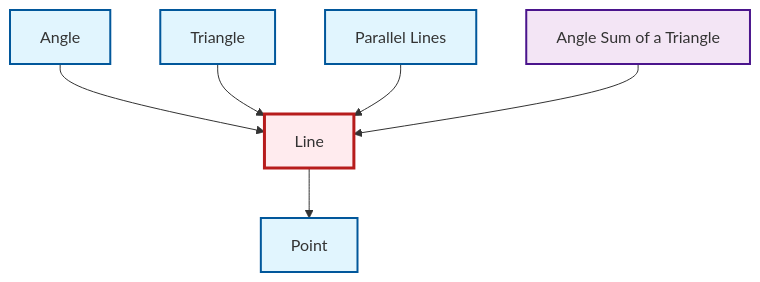
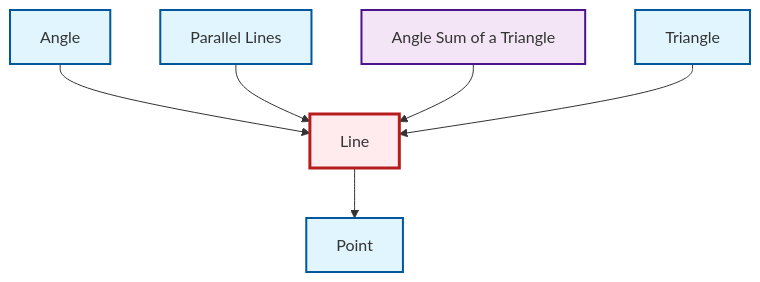
Before and after one commit to RK0429/ModernMath: the diagram in output/mermaid/en/def-line.mermaid, drawn with Mermaid. The commit also changed other lines of this file and 1706 other files, not shown here.

```diff
--- a/output/mermaid/en/def-line.mermaid
+++ b/output/mermaid/en/def-line.mermaid
@@ -1,18 +1,18 @@
 graph TD
     classDef definition fill:#e1f5fe,stroke:#01579b,stroke-width:2px
     classDef theorem fill:#f3e5f5,stroke:#4a148c,stroke-width:2px
     classDef axiom fill:#fff3e0,stroke:#e65100,stroke-width:2px
     classDef example fill:#e8f5e9,stroke:#1b5e20,stroke-width:2px
     classDef current fill:#ffebee,stroke:#b71c1c,stroke-width:3px
+    thm-angle-sum-triangle["Angle Sum of a Triangle"]:::theorem
+    def-triangle["Triangle"]:::definition
+    def-angle["Angle"]:::definition
+    def-line["Line"]:::definition
     def-parallel["Parallel Lines"]:::definition
-    def-triangle["Triangle"]:::definition
-    def-line["Line"]:::definition
-    def-angle["Angle"]:::definition
-    thm-angle-sum-triangle["Angle Sum of a Triangle"]:::theorem
     def-point["Point"]:::definition
     def-angle --> def-line
+    def-parallel --> def-line
+    thm-angle-sum-triangle --> def-line
     def-triangle --> def-line
-    def-parallel --> def-line
     def-line --> def-point
-    thm-angle-sum-triangle --> def-line
     class def-line current
```
